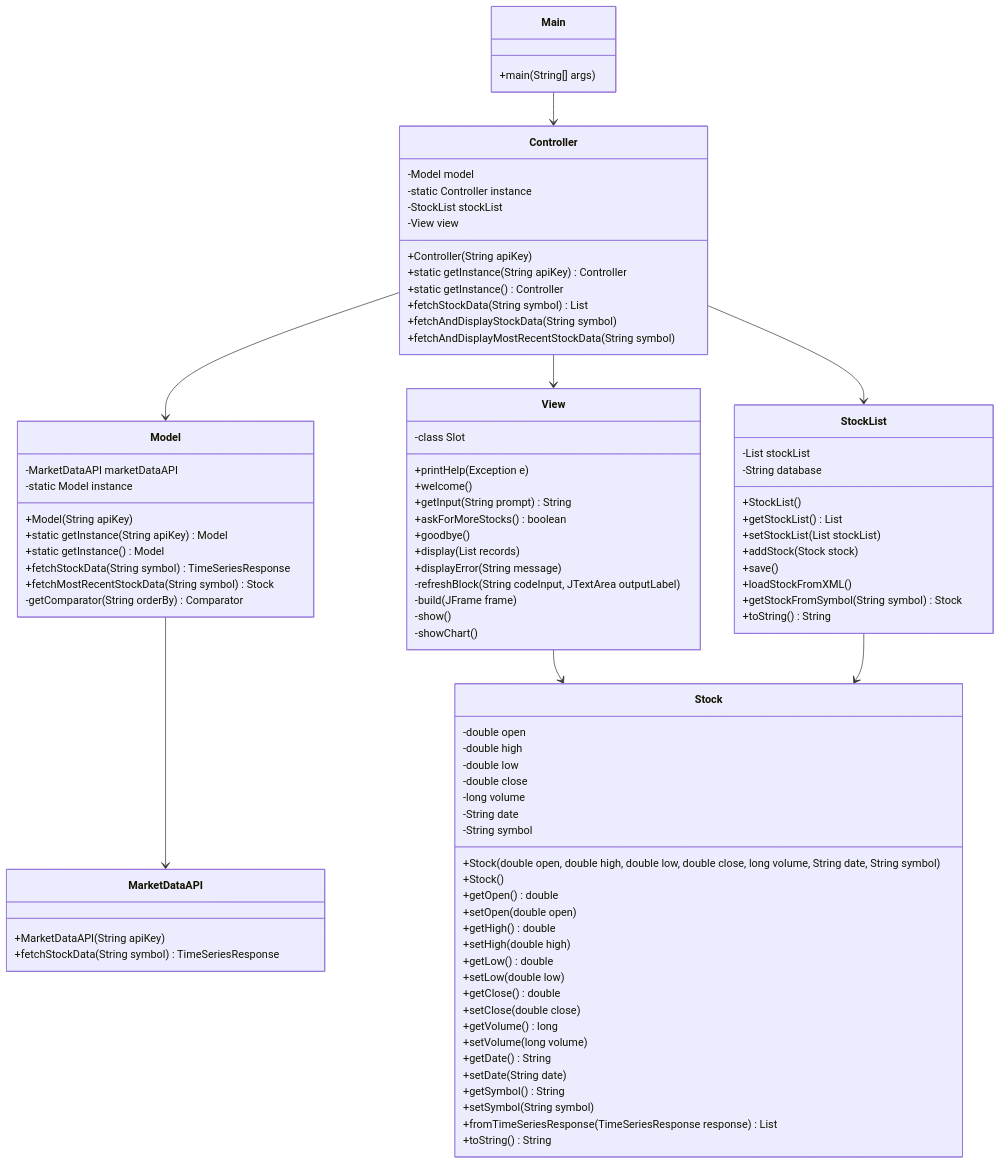
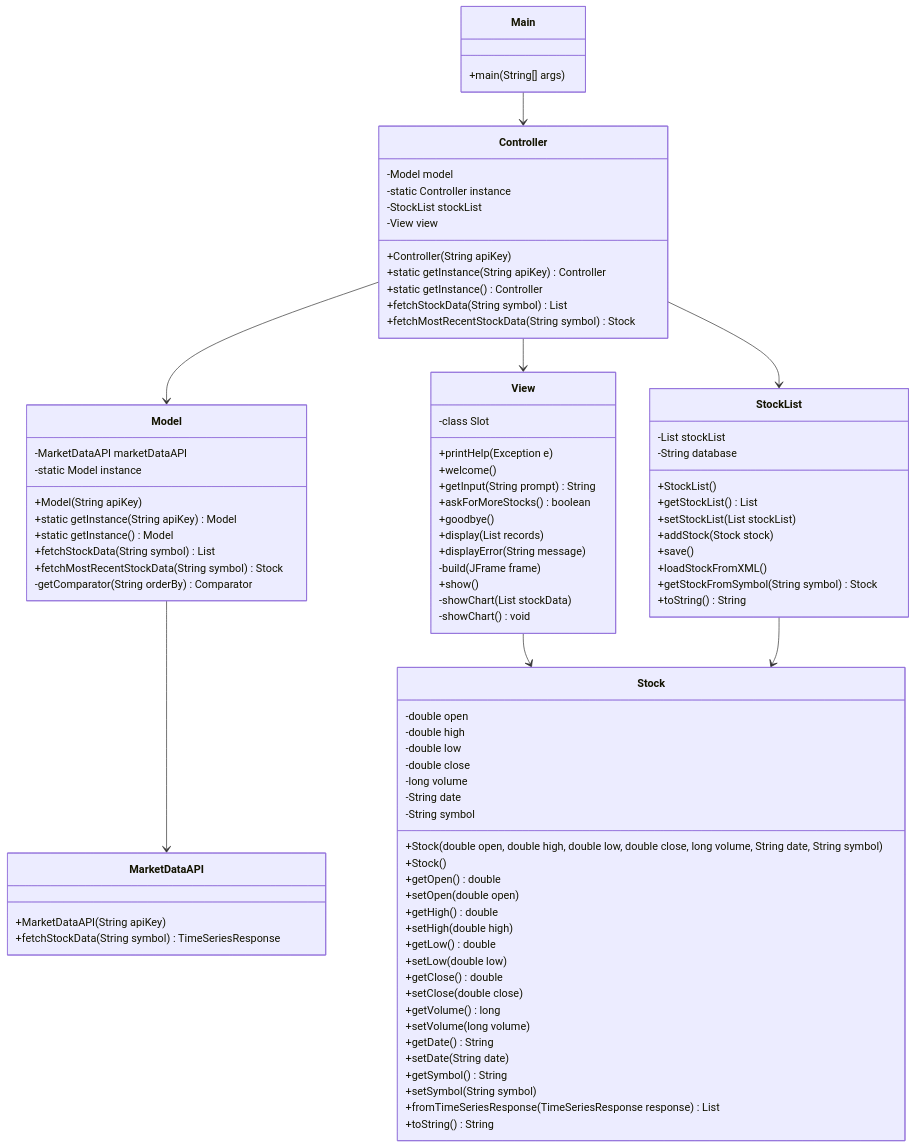
The second of 2 diagrams in DesignDocuments/Design.md (Su24-CS5004-Online-Lionelle/final-project-group-4), drawn with Mermaid before and after one commit. The commit also changed other lines of this file and 4 other files, not shown here.

Commit message:
updates to docs and methods for data retrieval from api for Jiazuo (already updated view to show how to use new methods for Search button)

```diff
--- a/DesignDocuments/Design.md
+++ b/DesignDocuments/Design.md
@@ -170,11 +170,11 @@
         +goodbye()
         +display(List<Stock> records)
         +displayError(String message)
-        -refreshBlock(String codeInput, JTextArea outputLabel)
         -build(JFrame frame)
-        -show()
+        +show()
         -class Slot
-        -showChart()
+        -showChart(List<Stock> stockData)
+        -showChart() void
     }
 
     class Model {
@@ -183,7 +183,7 @@
         +Model(String apiKey)
         +static getInstance(String apiKey) Model
         +static getInstance() Model
-        +fetchStockData(String symbol) TimeSeriesResponse
+        +fetchStockData(String symbol) List<Stock>
         +fetchMostRecentStockData(String symbol) Stock
         -getComparator(String orderBy) Comparator<Stock>
     }
@@ -202,8 +202,7 @@
         +static getInstance(String apiKey) Controller
         +static getInstance() Controller
         +fetchStockData(String symbol) List<Stock>
-        +fetchAndDisplayStockData(String symbol)
-        +fetchAndDisplayMostRecentStockData(String symbol)
+        +fetchMostRecentStockData(String symbol) Stock
     }
 
     class Stock {
```
